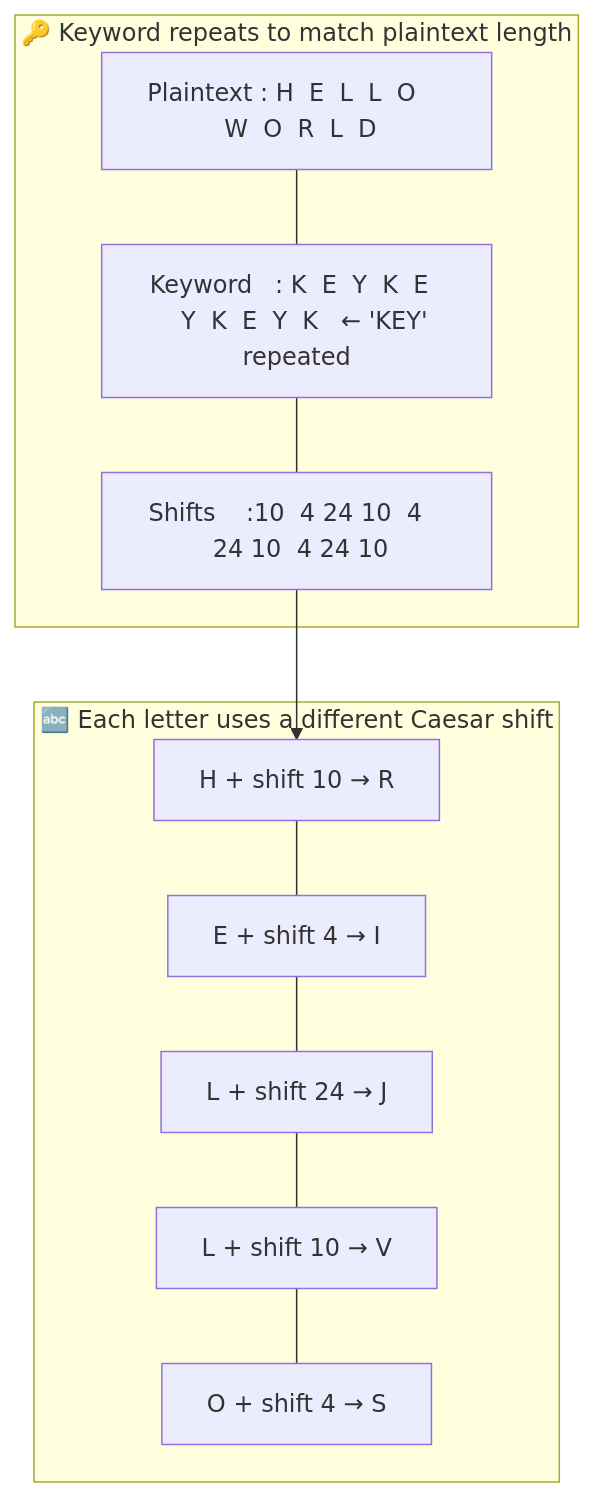
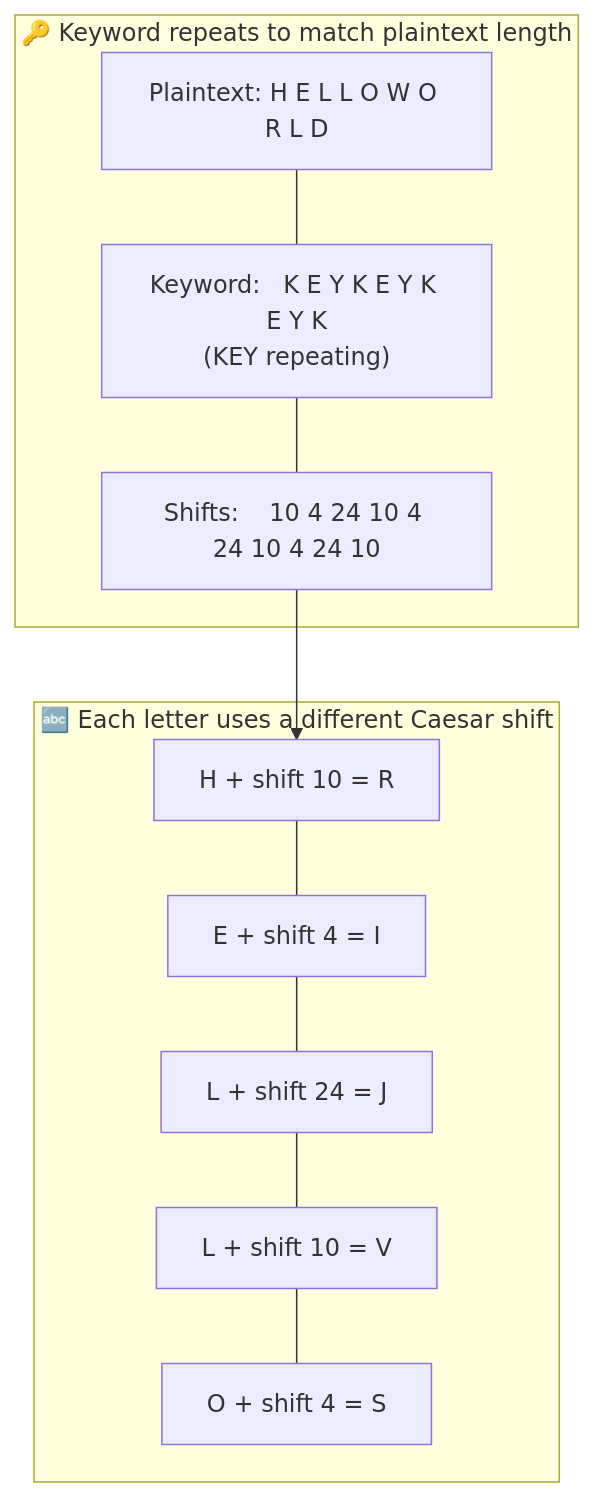
One commit to csoares/SecurityJava changed the fourth of 6 diagrams in src/main/java/security/encryption/classic/README.md. Above: the diagram before and after it, drawn with Mermaid. The commit also changed other lines of this file and 10 other files, not shown here.

Commit message:
Refine README diagrams and descriptions for clarity and accuracy

````diff
--- a/src/main/java/security/encryption/classic/README.md
+++ b/src/main/java/security/encryption/classic/README.md
@@ -80,20 +78,20 @@
 ```mermaid
 flowchart TD
     subgraph KeyRepeat ["🔑 Keyword repeats to match plaintext length"]
-        KR1["Plaintext : H  E  L  L  O     W  O  R  L  D"]
-        KR2["Keyword   : K  E  Y  K  E     Y  K  E  Y  K   ← 'KEY' repeated"]
-        KR3["Shifts    :10  4 24 10  4    24 10  4 24 10"]
+        KR1["Plaintext: H E L L O W O R L D"]
+        KR2["Keyword:   K E Y K E Y K E Y K<br/>(KEY repeating)"]
+        KR3["Shifts:    10 4 24 10 4 24 10 4 24 10"]
         KR1 --- KR2 --- KR3
     end
 
     subgraph PerLetter ["🔤 Each letter uses a different Caesar shift"]
-        L1["H + shift 10 → R"]
-        L2["E + shift  4 → I"]
-        L3["L + shift 24 → J"]
-        L4["L + shift 10 → V"]
-        L5["O + shift  4 → S"]
+        L1["H + shift 10 = R"]
+        L2["E + shift  4 = I"]
+        L3["L + shift 24 = J"]
+        L4["L + shift 10 = V"]
+        L5["O + shift  4 = S"]
         L1 --- L2 --- L3 --- L4 --- L5
     end
 
     KR3 --> L1
 ```
````
